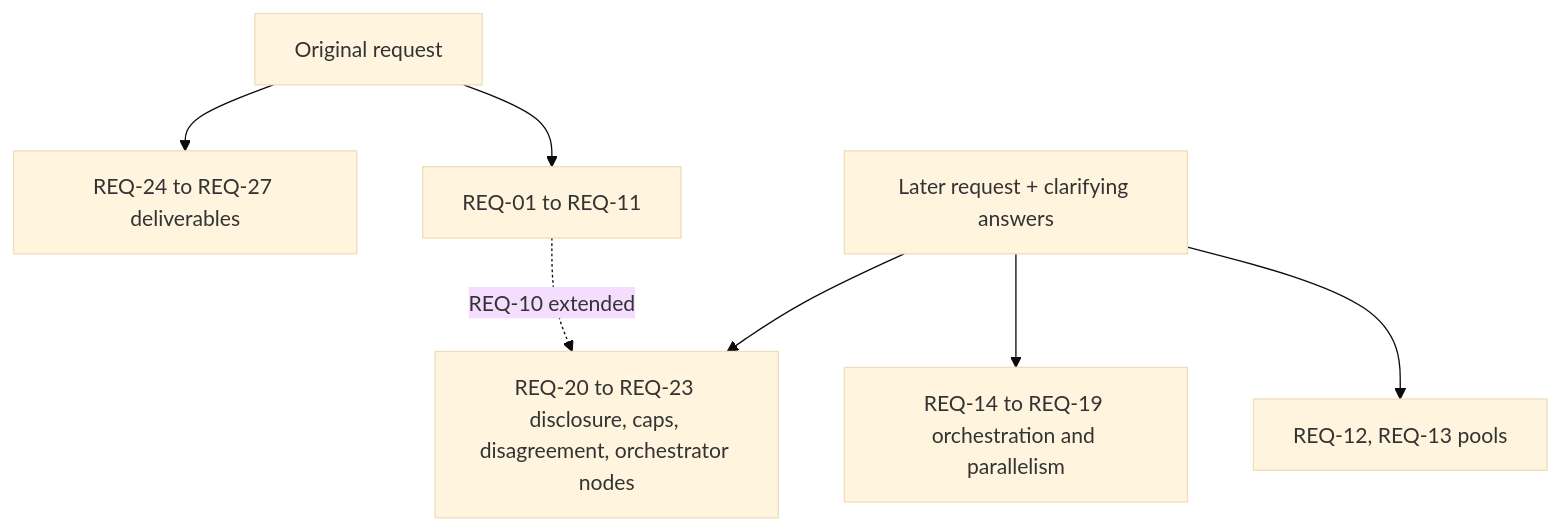
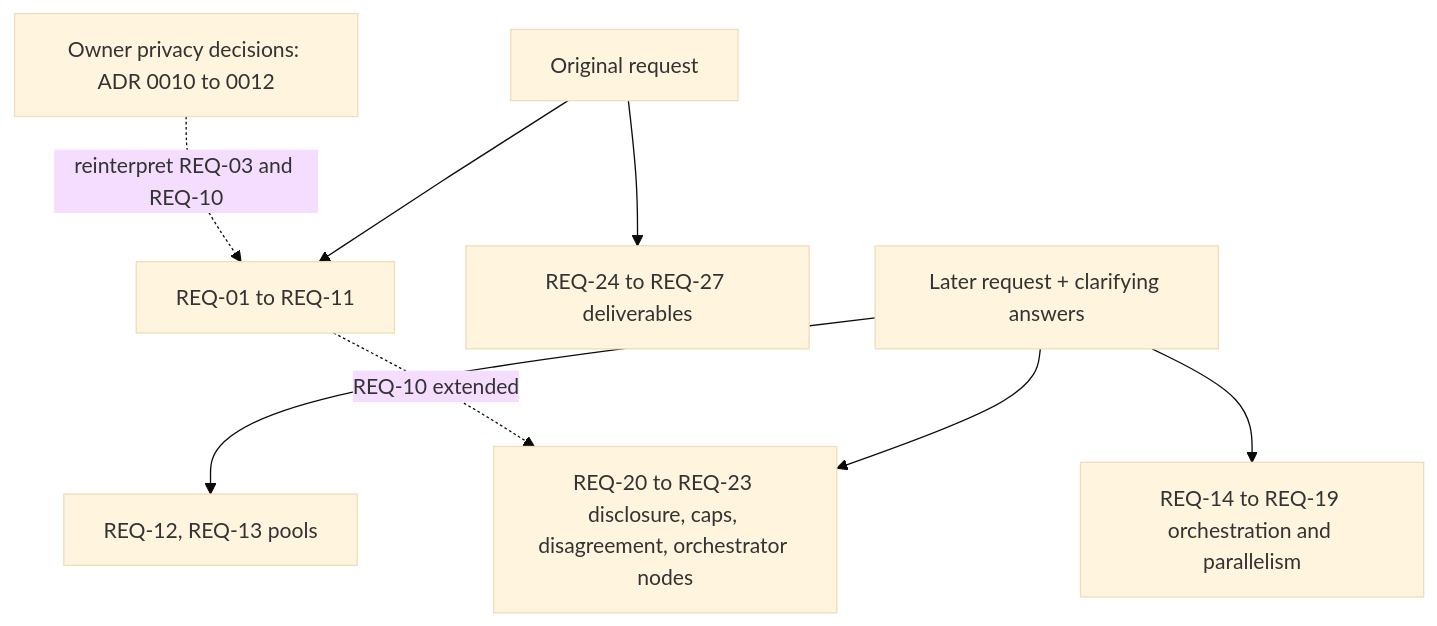
One commit to Comuns-ai/comuns changed the diagram in docs/requirements.md. Above: the diagram before and after it, drawn with Mermaid (base theme). The commit also changed other lines of this file and 43 other files, not shown here.

````diff
--- a/docs/requirements.md
+++ b/docs/requirements.md
@@ -61,9 +62,10 @@
 ```mermaid
 flowchart TB
   O[Original request] --> R1[REQ-01 to REQ-11]
   O --> D[REQ-24 to REQ-27 deliverables]
   L[Later request + clarifying answers] --> P[REQ-12, REQ-13 pools]
   L --> X[REQ-14 to REQ-19 orchestration and parallelism]
   L --> S[REQ-20 to REQ-23 disclosure, caps, disagreement, orchestrator nodes]
   R1 -.REQ-10 extended.-> S
+  A[Owner privacy decisions: ADR 0010 to 0012] -.reinterpret REQ-03 and REQ-10.-> R1
 ```
````
